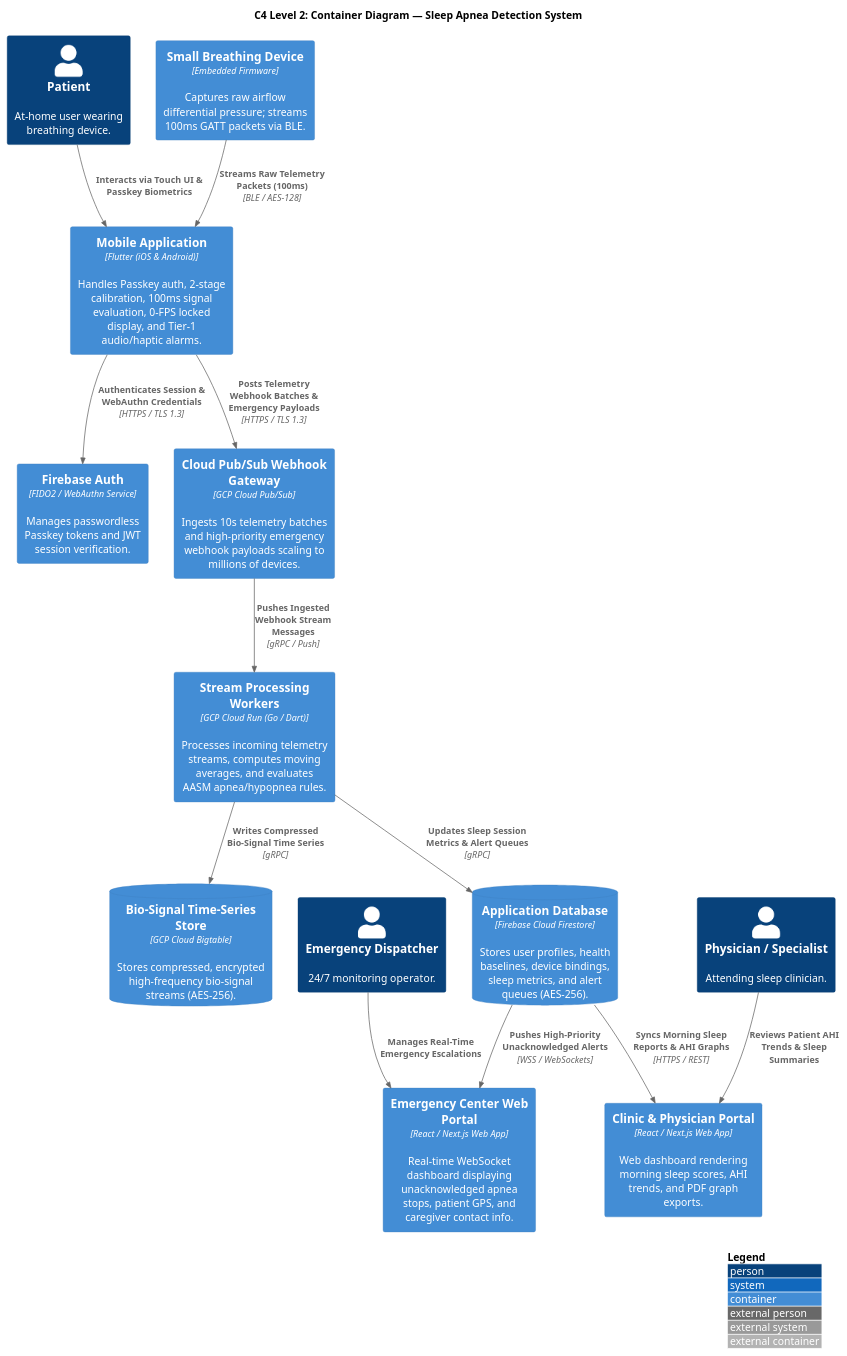
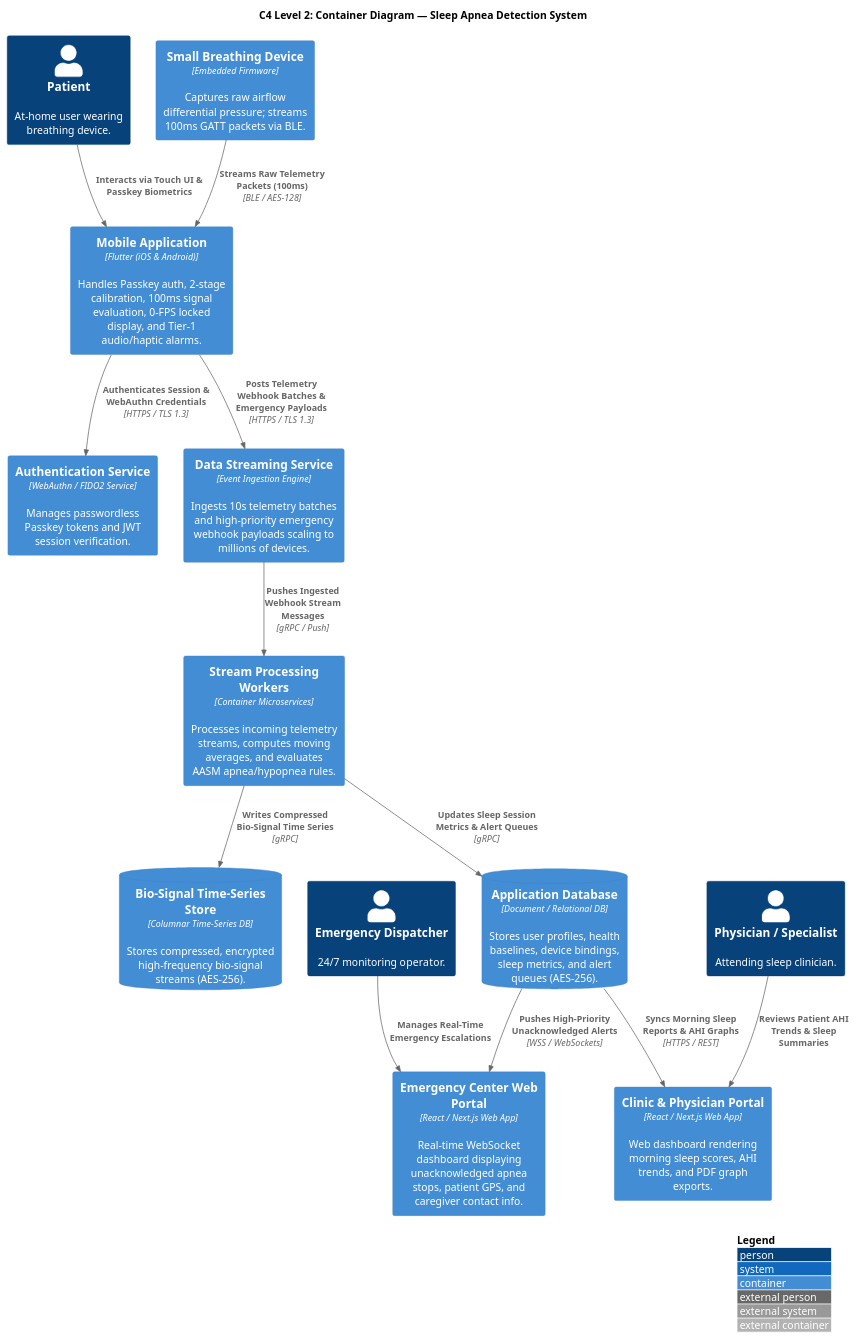
One commit to reidlai/masker-app changed the second of 5 diagrams in _bmad-output/architecture/ARCHITECTURE-SPINE.md. Above: the diagram before and after it, drawn with PlantUML. The commit also changed other lines of this file and 5 other files, not shown here.

Commit message:
docs(architecture): update BPMN swimlanes, Emergency Center metrics, and Patient Onboarding sequence flow

````diff
--- a/_bmad-output/architecture/ARCHITECTURE-SPINE.md
+++ b/_bmad-output/architecture/ARCHITECTURE-SPINE.md
@@ -64,44 +64,44 @@
 ```plantuml
 @startuml C4_Level2_Container_Diagram
 !include https://raw.githubusercontent.com/plantuml-stdlib/C4-PlantUML/master/C4_Container.puml
 
 LAYOUT_WITH_LEGEND()
 
 title C4 Level 2: Container Diagram — Sleep Apnea Detection System
 
 Person(patient, "Patient", "At-home user wearing breathing device.")
 Person(dispatcher, "Emergency Dispatcher", "24/7 monitoring operator.")
 Person(doctor, "Physician / Specialist", "Attending sleep clinician.")
 
 Container(hardware, "Small Breathing Device", "Embedded Firmware", "Captures raw airflow differential pressure; streams 100ms GATT packets via BLE.")
 
 Container(mobile_app, "Mobile Application", "Flutter (iOS & Android)", "Handles Passkey auth, 2-stage calibration, 100ms signal evaluation, 0-FPS locked display, and Tier-1 audio/haptic alarms.")
 
-Container(firebase_auth, "Firebase Auth", "FIDO2 / WebAuthn Service", "Manages passwordless Passkey tokens and JWT session verification.")
+Container(auth_service, "Authentication Service", "WebAuthn / FIDO2 Service", "Manages passwordless Passkey tokens and JWT session verification.")
 
-Container(pubsub, "Cloud Pub/Sub Webhook Gateway", "GCP Cloud Pub/Sub", "Ingests 10s telemetry batches and high-priority emergency webhook payloads scaling to millions of devices.")
+Container(data_streaming, "Data Streaming Service", "Event Ingestion Engine", "Ingests 10s telemetry batches and high-priority emergency webhook payloads scaling to millions of devices.")
 
-Container(stream_workers, "Stream Processing Workers", "GCP Cloud Run (Go / Dart)", "Processes incoming telemetry streams, computes moving averages, and evaluates AASM apnea/hypopnea rules.")
+Container(stream_workers, "Stream Processing Workers", "Container Microservices", "Processes incoming telemetry streams, computes moving averages, and evaluates AASM apnea/hypopnea rules.")
 
-ContainerDb(bigtable, "Bio-Signal Time-Series Store", "GCP Cloud Bigtable", "Stores compressed, encrypted high-frequency bio-signal streams (AES-256).")
+ContainerDb(timeseries_db, "Bio-Signal Time-Series Store", "Columnar Time-Series DB", "Stores compressed, encrypted high-frequency bio-signal streams (AES-256).")
 
-ContainerDb(firestore, "Application Database", "Firebase Cloud Firestore", "Stores user profiles, health baselines, device bindings, sleep metrics, and alert queues (AES-256).")
+ContainerDb(app_db, "Application Database", "Document / Relational DB", "Stores user profiles, health baselines, device bindings, sleep metrics, and alert queues (AES-256).")
 
 Container(command_portal, "Emergency Center Web Portal", "React / Next.js Web App", "Real-time WebSocket dashboard displaying unacknowledged apnea stops, patient GPS, and caregiver contact info.")
 
 Container(clinic_portal, "Clinic & Physician Portal", "React / Next.js Web App", "Web dashboard rendering morning sleep scores, AHI trends, and PDF graph exports.")
 
 Rel(hardware, mobile_app, "Streams Raw Telemetry Packets (100ms)", "BLE / AES-128")
 Rel(patient, mobile_app, "Interacts via Touch UI & Passkey Biometrics")
-Rel(mobile_app, firebase_auth, "Authenticates Session & WebAuthn Credentials", "HTTPS / TLS 1.3")
-Rel(mobile_app, pubsub, "Posts Telemetry Webhook Batches & Emergency Payloads", "HTTPS / TLS 1.3")
-Rel(pubsub, stream_workers, "Pushes Ingested Webhook Stream Messages", "gRPC / Push")
-Rel(stream_workers, bigtable, "Writes Compressed Bio-Signal Time Series", "gRPC")
-Rel(stream_workers, firestore, "Updates Sleep Session Metrics & Alert Queues", "gRPC")
-Rel(firestore, command_portal, "Pushes High-Priority Unacknowledged Alerts", "WSS / WebSockets")
-Rel(firestore, clinic_portal, "Syncs Morning Sleep Reports & AHI Graphs", "HTTPS / REST")
+Rel(mobile_app, auth_service, "Authenticates Session & WebAuthn Credentials", "HTTPS / TLS 1.3")
+Rel(mobile_app, data_streaming, "Posts Telemetry Webhook Batches & Emergency Payloads", "HTTPS / TLS 1.3")
+Rel(data_streaming, stream_workers, "Pushes Ingested Webhook Stream Messages", "gRPC / Push")
+Rel(stream_workers, timeseries_db, "Writes Compressed Bio-Signal Time Series", "gRPC")
+Rel(stream_workers, app_db, "Updates Sleep Session Metrics & Alert Queues", "gRPC")
+Rel(app_db, command_portal, "Pushes High-Priority Unacknowledged Alerts", "WSS / WebSockets")
+Rel(app_db, clinic_portal, "Syncs Morning Sleep Reports & AHI Graphs", "HTTPS / REST")
 Rel(dispatcher, command_portal, "Manages Real-Time Emergency Escalations")
 Rel(doctor, clinic_portal, "Reviews Patient AHI Trends & Sleep Summaries")
 
 @enduml
 ```
````
